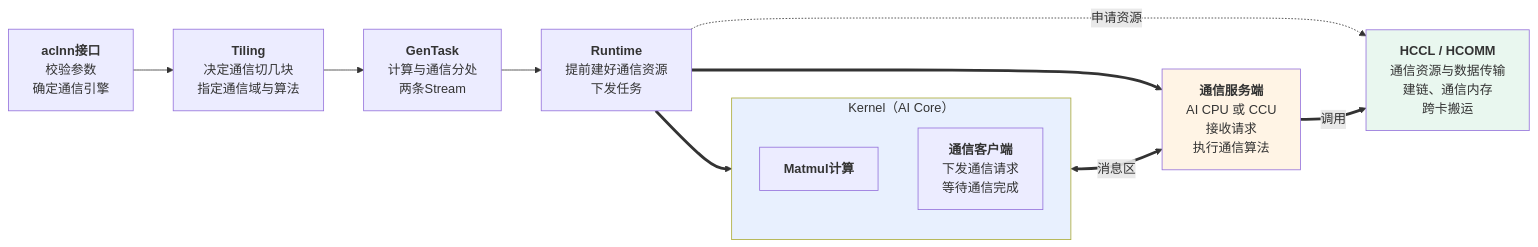
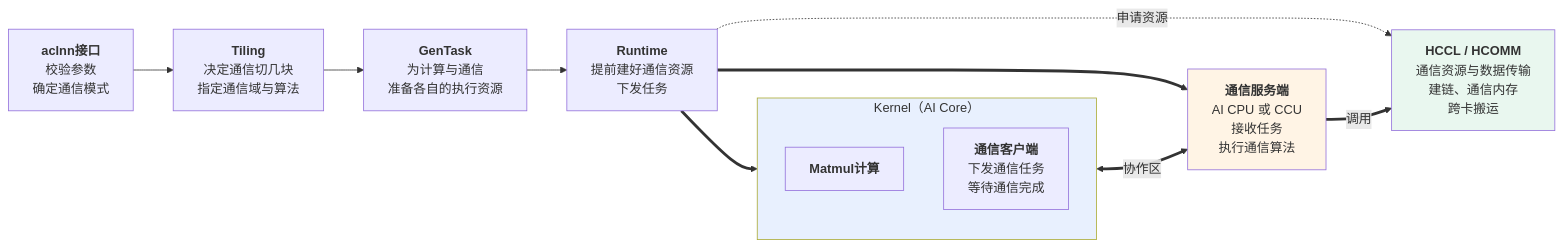
The third of 3 diagrams in docs/zh/编程模型/MC2编程模型/概述.md (Atlas-Ascend-Fork/asc-comm), drawn with Mermaid before and after one commit. The commit also changed other lines of this file and 1 other file, not shown here.

````diff
--- a/docs/zh/编程模型/MC2编程模型/概述.md
+++ b/docs/zh/编程模型/MC2编程模型/概述.md
@@ -161,28 +197,28 @@
 ```mermaid
 flowchart LR
-    A1["<b>aclnn接口</b><br/>校验参数<br/>确定通信引擎"]
+    A1["<b>aclnn接口</b><br/>校验参数<br/>确定通信模式"]
     A2["<b>Tiling</b><br/>决定通信切几块<br/>指定通信域与算法"]
-    A3["<b>GenTask</b><br/>计算与通信分处<br/>两条Stream"]
+    A3["<b>GenTask</b><br/>为计算与通信<br/>准备各自的执行资源"]
     A4["<b>Runtime</b><br/>提前建好通信资源<br/>下发任务"]
 
     subgraph KERNEL["Kernel（AI Core）"]
         direction TB
         K1["<b>Matmul计算</b>"]
-        K2["<b>通信客户端</b><br/>下发通信请求<br/>等待通信完成"]
+        K2["<b>通信客户端</b><br/>下发通信任务<br/>等待通信完成"]
     end
 
-    SERVER["<b>通信服务端</b><br/>AI CPU 或 CCU<br/>接收请求<br/>执行通信算法"]
+    SERVER["<b>通信服务端</b><br/>AI CPU 或 CCU<br/>接收任务<br/>执行通信算法"]
 
     RES["<b>HCCL / HCOMM</b><br/>通信资源与数据传输<br/>建链、通信内存<br/>跨卡搬运"]
 
     A1 --> A2 --> A3 --> A4
     A4 ==> KERNEL
     A4 ==> SERVER
     A4 -.->|"申请资源"| RES
-    K2 <==>|"消息区"| SERVER
+    K2 <==>|"协作区"| SERVER
     SERVER ==>|"调用"| RES
 
     style KERNEL fill:#e8f0fe
     style SERVER fill:#fff4e5
     style RES fill:#e9f7ef
 ```
````
